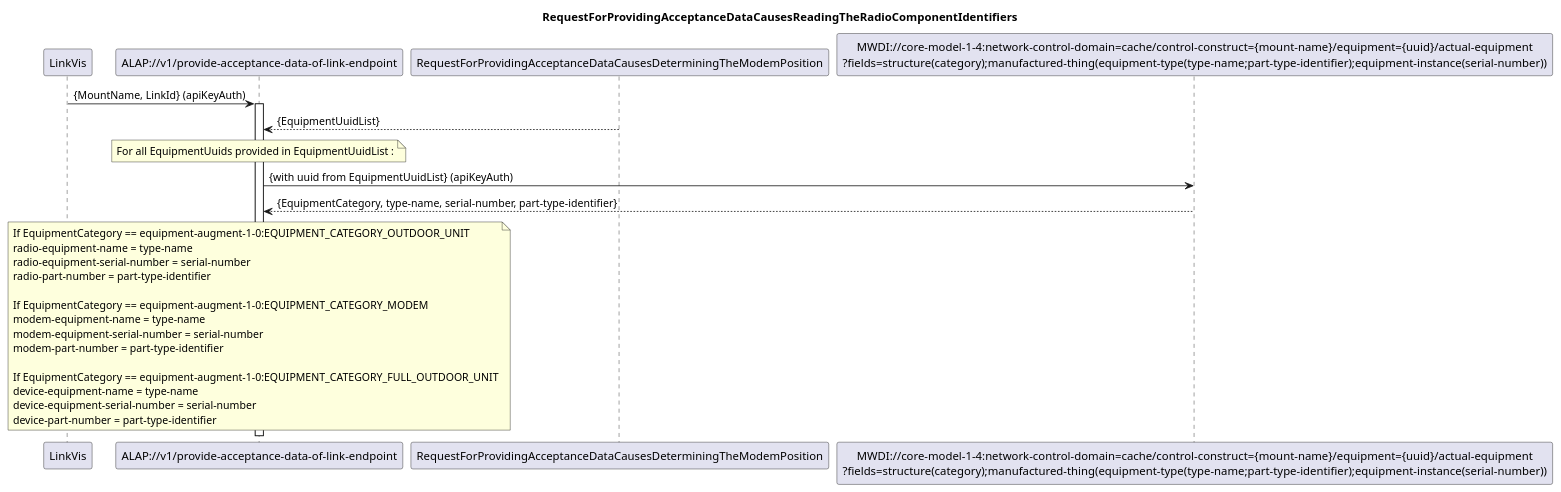
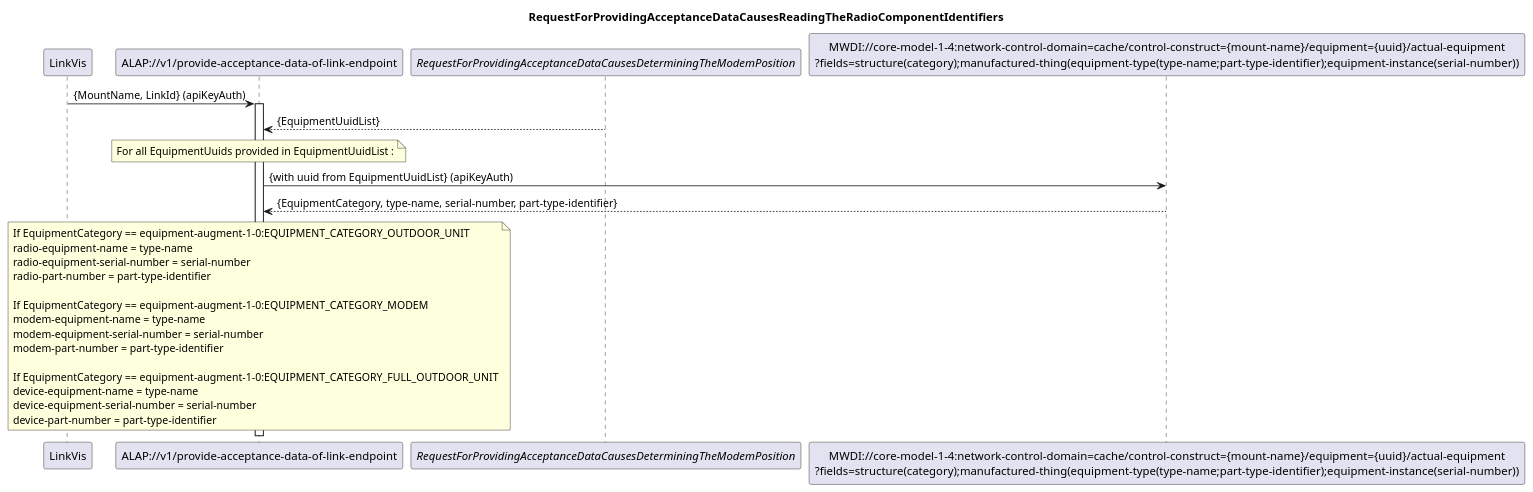
One commit to openBackhaul/AccessPlanningToolProxy changed the diagram in spec/diagrams/152_radioComponentIdentifiers.plantuml. Above: the diagram before and after it, drawn with PlantUML. The commit also changed 5 other files, not shown here.

Commit message:
Distinguish callbacks from requests in diagrams

```diff
--- a/spec/diagrams/152_radioComponentIdentifiers.plantuml
+++ b/spec/diagrams/152_radioComponentIdentifiers.plantuml
@@ -1,42 +1,42 @@
 @startuml 152_radioComponentIdentifiers
 skinparam responseMessageBelowArrow true
 
 title
 RequestForProvidingAcceptanceDataCausesReadingTheRadioComponentIdentifiers
 end title
 
 participant "LinkVis" as LinkVis
 participant "ALAP://v1/provide-acceptance-data-of-link-endpoint" as ALAP
-participant "RequestForProvidingAcceptanceDataCausesDeterminingTheModemPosition" as EquipmentUuid
+participant "<i>RequestForProvidingAcceptanceDataCausesDeterminingTheModemPosition</i>" as EquipmentUuid
 participant "MWDI://core-model-1-4:network-control-domain=cache/control-construct={mount-name}/equipment={uuid}/actual-equipment\n?fields=structure(category);manufactured-thing(equipment-type(type-name;part-type-identifier);equipment-instance(serial-number))" as RadioComponentIdentifiers
 
 LinkVis -> ALAP: {MountName, LinkId} (apiKeyAuth)
 activate ALAP
 
 EquipmentUuid --> ALAP: {EquipmentUuidList}
 
 note over ALAP
 For all EquipmentUuids provided in EquipmentUuidList :
 end note
 
 ALAP -> RadioComponentIdentifiers: {with uuid from EquipmentUuidList} (apiKeyAuth)
 RadioComponentIdentifiers --> ALAP: {EquipmentCategory, type-name, serial-number, part-type-identifier}
 
 note over ALAP
 If EquipmentCategory == equipment-augment-1-0:EQUIPMENT_CATEGORY_OUTDOOR_UNIT
 radio-equipment-name = type-name
 radio-equipment-serial-number = serial-number
 radio-part-number = part-type-identifier
 
 If EquipmentCategory == equipment-augment-1-0:EQUIPMENT_CATEGORY_MODEM
 modem-equipment-name = type-name
 modem-equipment-serial-number = serial-number
 modem-part-number = part-type-identifier
 
 If EquipmentCategory == equipment-augment-1-0:EQUIPMENT_CATEGORY_FULL_OUTDOOR_UNIT
 device-equipment-name = type-name
 device-equipment-serial-number = serial-number
 device-part-number = part-type-identifier
 end note
 
 @enduml
```
